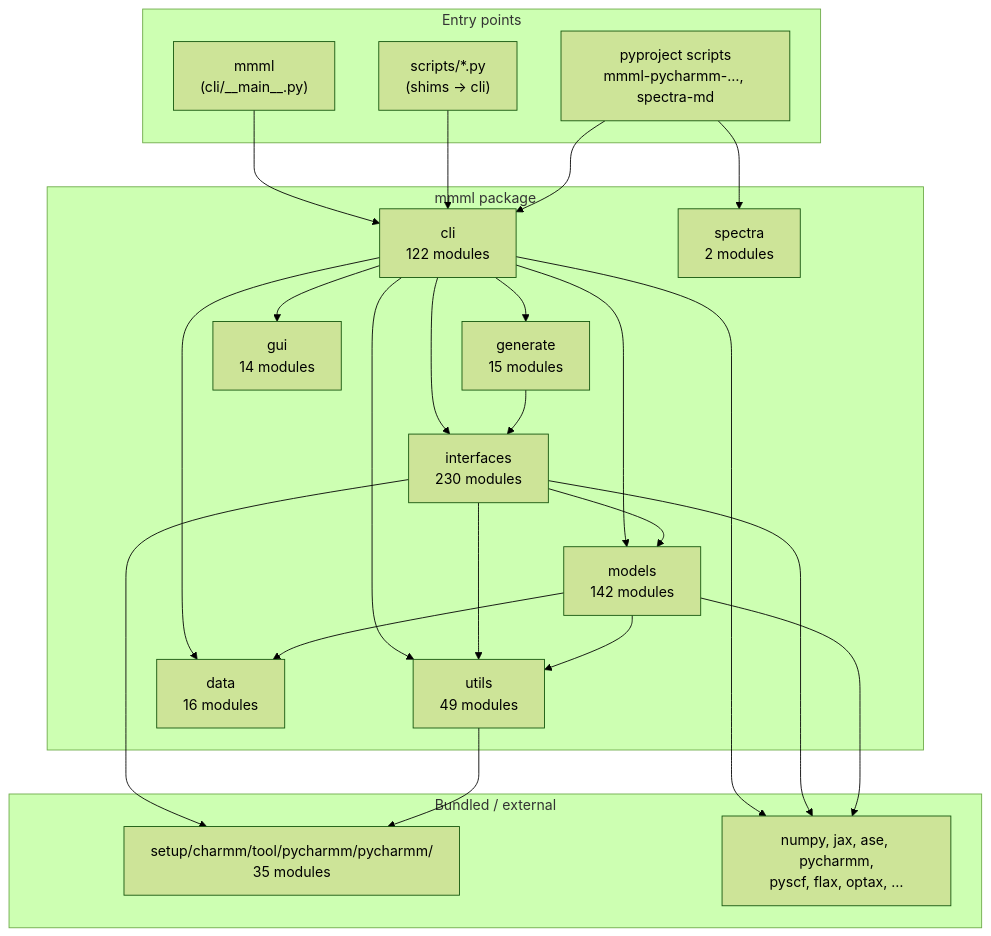
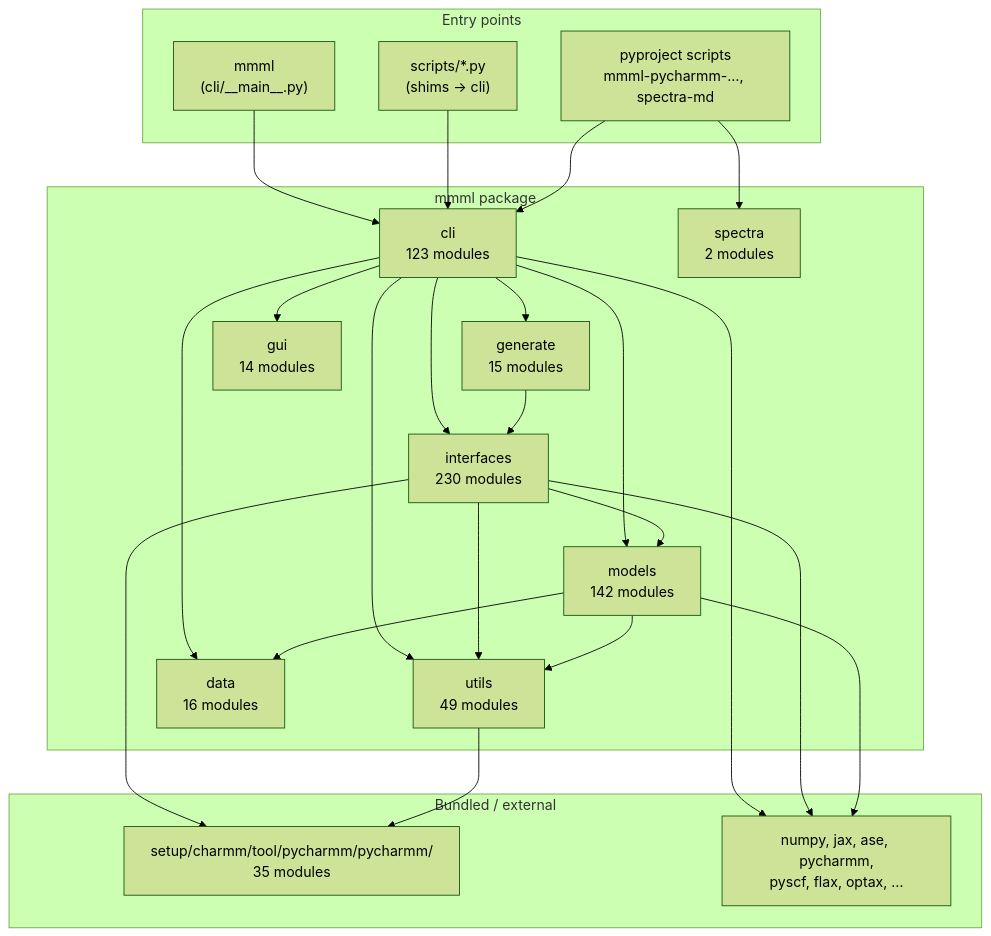
The first of 8 diagrams in docs/package-architecture.md (EricBoittier/mmml), drawn with Mermaid (forest theme) before and after one commit. The commit also changed other lines of this file, not shown here.

Commit message:
docs: regenerate package-architecture for analyze-liquid CLI
Unblocks Docs/CI --check after adding the analyze-liquid subcommand
(123 modules / 65 subcommands).

````diff
--- a/docs/package-architecture.md
+++ b/docs/package-architecture.md
@@ -13,48 +13,48 @@
 ```mermaid
 flowchart TB
   subgraph entry["Entry points"]
     MMML["mmml\n(cli/__main__.py)"]
     SCRIPTS["scripts/*.py\n(shims → cli)"]
     PKG["pyproject scripts\nmmml-pycharmm-…, spectra-md"]
   end
 
   subgraph mmml_pkg["mmml package"]
-    CLI["cli\n122 modules"]
+    CLI["cli\n123 modules"]
     IFACE["interfaces\n230 modules"]
     MODELS["models\n142 modules"]
     UTILS["utils\n49 modules"]
     DATA["data\n16 modules"]
     GEN["generate\n15 modules"]
     GUI["gui\n14 modules"]
     SPEC["spectra\n2 modules"]
   end
 
   subgraph vendor["Bundled / external"]
     PYCH["setup/charmm/tool/pycharmm/pycharmm/\n35 modules"]
     EXT["numpy, jax, ase, pycharmm,\npyscf, flax, optax, …"]
   end
 
   MMML --> CLI
   SCRIPTS --> CLI
   PKG --> CLI
   PKG --> SPEC
 
   CLI --> IFACE
   CLI --> MODELS
   CLI --> DATA
   CLI --> UTILS
   CLI --> GEN
   CLI --> GUI
 
   IFACE --> MODELS
   IFACE --> UTILS
   IFACE --> PYCH
   MODELS --> UTILS
   MODELS --> DATA
   UTILS --> PYCH
   GEN --> IFACE
 
   CLI --> EXT
   IFACE --> EXT
   MODELS --> EXT
 ```
````
